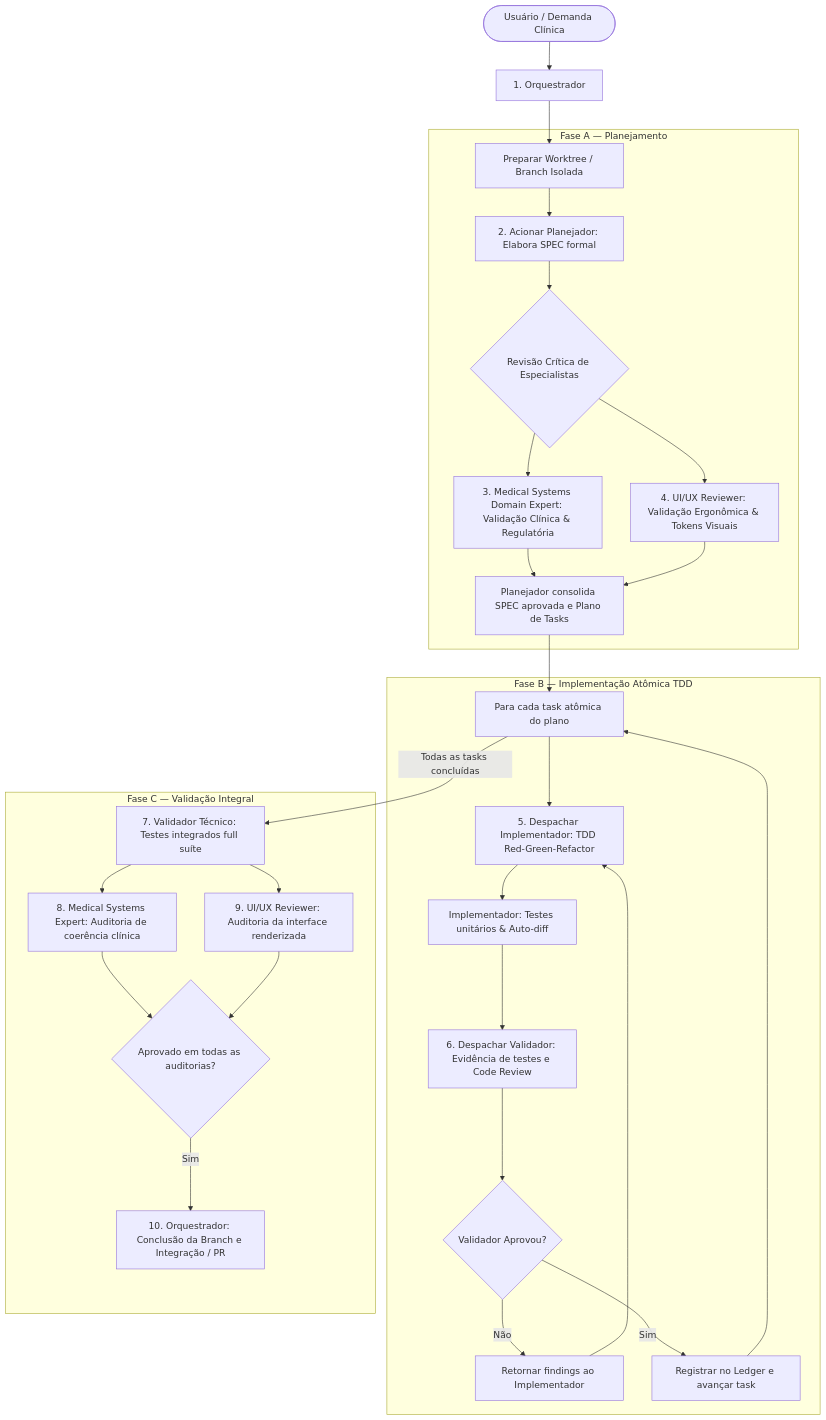
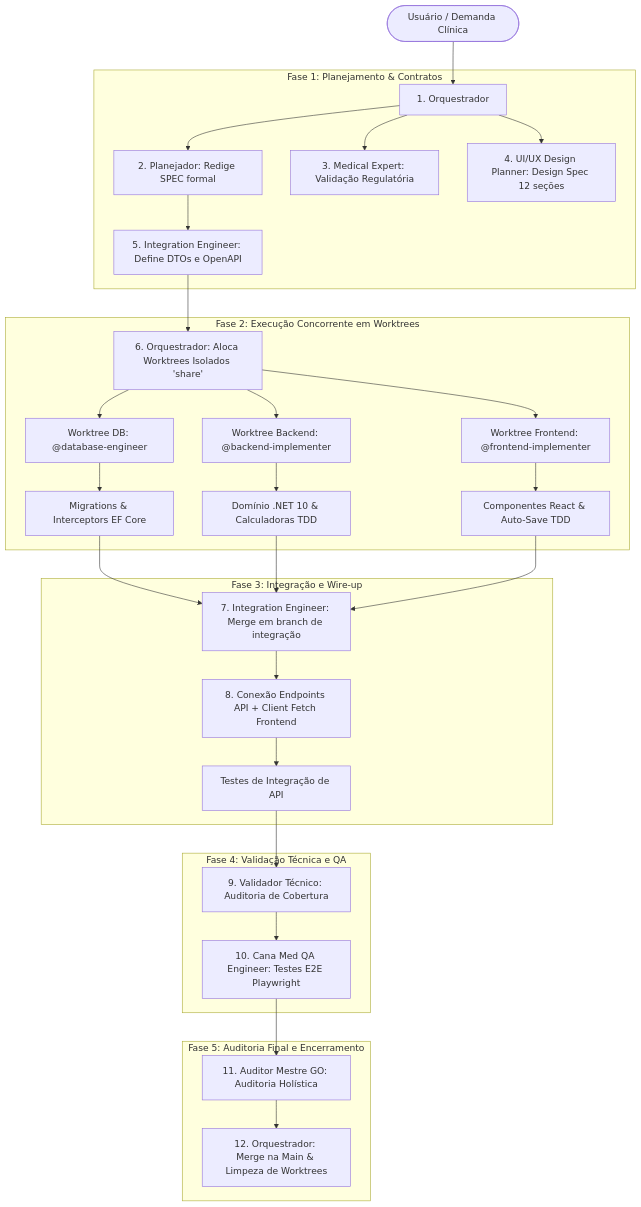
The diagram in .agents/agents/orquestrador.md (posccis/canamed), drawn with Mermaid before and after one commit. The commit also changed other lines of this file and 8 other files, not shown here.

Commit message:
feat(agents): implement parallel multiagent architecture, model router, and specialized implementers

````diff
--- a/.agents/agents/orquestrador.md
+++ b/.agents/agents/orquestrador.md
@@ -70,35 +94,41 @@
 ```mermaid
 flowchart TD
     User([Usuário / Demanda Clínica]) --> Orc[1. Orquestrador]
-    Orc --> Worktree[Preparar Worktree / Branch Isolada]
     
-    subgraph FaseA [Fase A — Planejamento]
-        Worktree --> Plan[2. Acionar Planejador: Elabora SPEC formal]
-        Plan --> ParallelReview{Revisão Crítica de Especialistas}
-        ParallelReview --> MedExp[3. Medical Systems Domain Expert: Validação Clínica & Regulatória]
-        ParallelReview --> UIRev[4. UI/UX Reviewer: Validação Ergonômica & Tokens Visuais]
-        MedExp --> Consolidate[Planejador consolida SPEC aprovada e Plano de Tasks]
-        UIRev --> Consolidate
+    subgraph Fase1 [Fase 1: Planejamento & Contratos]
+        Orc --> Plan[2. Planejador: Redige SPEC formal]
+        Orc --> MedDomain[3. Medical Expert: Validação Regulatória]
+        Orc --> UIPlan[4. UI/UX Design Planner: Design Spec 12 seções]
+        Plan --> Contract[5. Integration Engineer: Define DTOs e OpenAPI]
     end
 
-    subgraph FaseB [Fase B — Implementação Atômica TDD]
-        Consolidate --> Loop[Para cada task atômica do plano]
-        Loop --> Imp[5. Despachar Implementador: TDD Red-Green-Refactor]
-        Imp --> SelfRev[Implementador: Testes unitários & Auto-diff]
-        SelfRev --> Val[6. Despachar Validador: Evidência de testes e Code Review]
-        Val --> Verdict{Validador Aprovou?}
-        Verdict -- Não --> Fix[Retornar findings ao Implementador]
-        Fix --> Imp
-        Verdict -- Sim --> Ledger[Registrar no Ledger e avançar task]
-        Ledger --> Loop
+    Contract --> SetupWT[6. Orquestrador: Aloca Worktrees Isolados 'share']
+
+    subgraph Fase2 [Fase 2: Execução Concorrente em Worktrees]
+        SetupWT --> DB_WT[Worktree DB: @database-engineer]
+        SetupWT --> BE_WT[Worktree Backend: @backend-implementer]
+        SetupWT --> FE_WT[Worktree Frontend: @frontend-implementer]
+        
+        DB_WT --> DB_Done[Migrations & Interceptors EF Core]
+        BE_WT --> BE_Done[Domínio .NET 10 & Calculadoras TDD]
+        FE_WT --> FE_Done[Componentes React & Auto-Save TDD]
     end
 
-    subgraph FaseC [Fase C — Validação Integral]
-        Loop -- Todas as tasks concluídas --> FullVal[7. Validador Técnico: Testes integrados full suíte]
-        FullVal --> ClinAudit[8. Medical Systems Expert: Auditoria de coerência clínica]
-        FullVal --> UIAudit[9. UI/UX Reviewer: Auditoria da interface renderizada]
-        ClinAudit --> FinishVerdict{Aprovado em todas as auditorias?}
-        UIAudit --> FinishVerdict
-        FinishVerdict -- Sim --> Finish[10. Orquestrador: Conclusão da Branch e Integração / PR]
+    subgraph Fase3 [Fase 3: Integração e Wire-up]
+        DB_Done --> MergeBranch[7. Integration Engineer: Merge em branch de integração]
+        BE_Done --> MergeBranch
+        FE_Done --> MergeBranch
+        MergeBranch --> WireUp[8. Conexão Endpoints API + Client Fetch Frontend]
+        WireUp --> IntegTest[Testes de Integração de API]
+    end
+
+    subgraph Fase4 [Fase 4: Validação Técnica e QA]
+        IntegTest --> ValTech[9. Validador Técnico: Auditoria de Cobertura]
+        ValTech --> QA_E2E[10. Cana Med QA Engineer: Testes E2E Playwright]
+    end
+
+    subgraph Fase5 [Fase 5: Auditoria Final e Encerramento]
+        QA_E2E --> AuditorGO[11. Auditor Mestre GO: Auditoria Holística]
+        AuditorGO --> MainMerge[12. Orquestrador: Merge na Main & Limpeza de Worktrees]
     end
 ```
````
